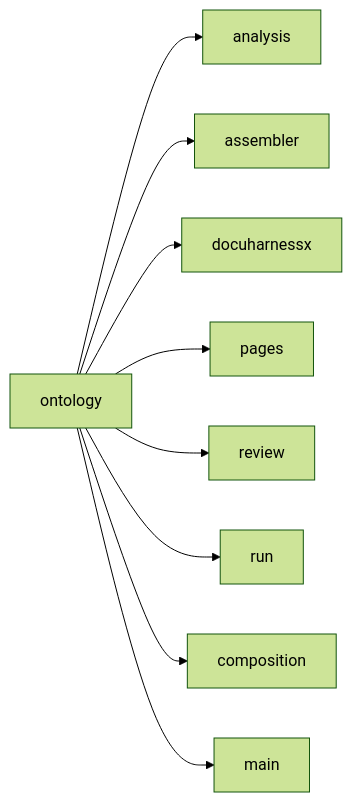
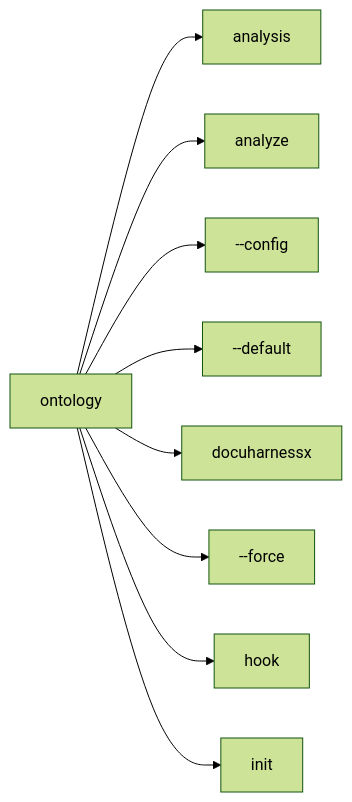
Before and after one commit to norandom/DocuHarnessX: diagram 20 of 30 in docs/glossary.md, drawn with Mermaid (forest theme). The commit also changed other lines of this file and 12 other files, not shown here.

````diff
--- a/docs/glossary.md
+++ b/docs/glossary.md
@@ -729,20 +741,20 @@
 ```mermaid
 flowchart LR
   here["ontology"]
   r0["analysis"]
   here --> r0
-  r1["assembler"]
+  r1["analyze"]
   here --> r1
-  r2["docuharnessx"]
+  r2["--config"]
   here --> r2
-  r3["pages"]
+  r3["--default"]
   here --> r3
-  r4["review"]
+  r4["docuharnessx"]
   here --> r4
-  r5["run"]
+  r5["--force"]
   here --> r5
-  r6["composition"]
+  r6["hook"]
   here --> r6
-  r7["main"]
+  r7["init"]
   here --> r7
 ```
````
